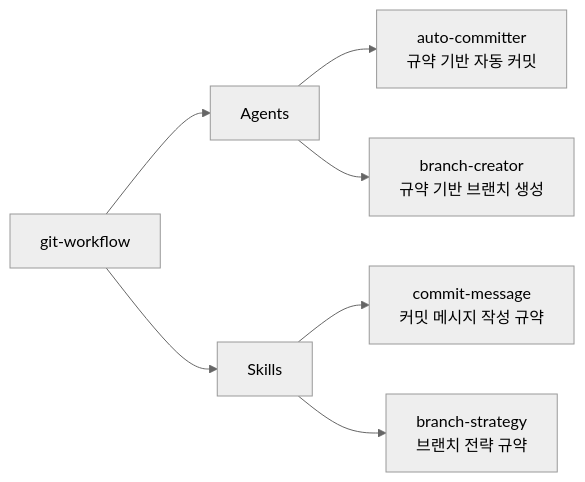
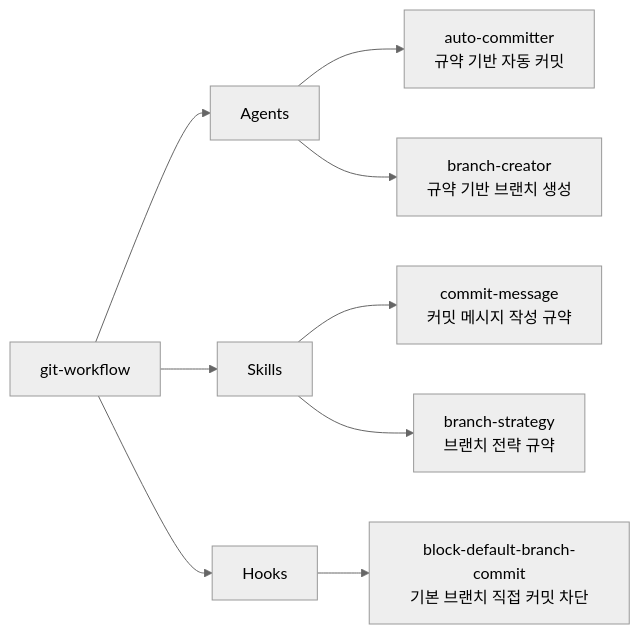
Before and after one commit to iamhoonse-dev/hoonse-claude-plugins: the diagram in plugins/git-workflow/README.md, drawn with Mermaid (neutral theme). The commit also changed other lines of this file and 3 other files, not shown here.

````diff
--- a/plugins/git-workflow/README.md
+++ b/plugins/git-workflow/README.md
@@ -7,11 +7,14 @@
 ```mermaid
 graph LR
     A[git-workflow] --> C[Agents]
     A --> D[Skills]
+    A --> H[Hooks]
 
     C --> C1[auto-committer<br/>규약 기반 자동 커밋]
     C --> C2[branch-creator<br/>규약 기반 브랜치 생성]
 
     D --> D1[commit-message<br/>커밋 메시지 작성 규약]
     D --> D2[branch-strategy<br/>브랜치 전략 규약]
+
+    H --> H1[block-default-branch-commit<br/>기본 브랜치 직접 커밋 차단]
 ```
````
